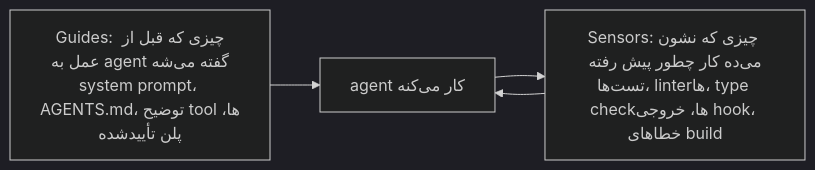
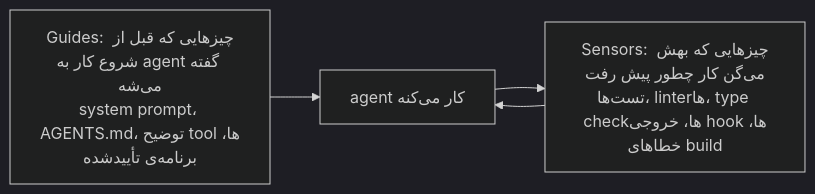
The second of 3 diagrams in mini-courses/2_intermediate/harness_engineering_fa.md (lokumai/ai-engineering-bazaar), drawn with Mermaid (dark theme) before and after one commit. The commit also changed other lines of this file and 82 other files, not shown here.

````diff
--- a/mini-courses/2_intermediate/harness_engineering_fa.md
+++ b/mini-courses/2_intermediate/harness_engineering_fa.md
@@ -79,6 +78,6 @@
 ```mermaid
 graph LR
-    A["Guides: چیزی که قبل از عمل به agent گفته می‌شه<br/>system prompt، AGENTS.md، توضیح tool‌ها، پلن تأییدشده"] --> B["agent کار می‌کنه"]
-    B --> C["Sensors: چیزی که نشون می‌ده کار چطور پیش رفته<br/>تست‌ها، linter‌ها، type check‌ها، خروجی hook، خطاهای build"]
+    A["Guides: چیزهایی که قبل از شروع کار به agent گفته می‌شه<br/>system prompt، AGENTS.md، توضیح tool‌ها، برنامه‌ی تأییدشده"] --> B["agent کار می‌کنه"]
+    B --> C["Sensors: چیزهایی که بهش می‌گن کار چطور پیش رفت<br/>تست‌ها، linter‌ها، type check‌ها، خروجی hook‌ها، خطاهای build"]
     C --> B
 ```
````
